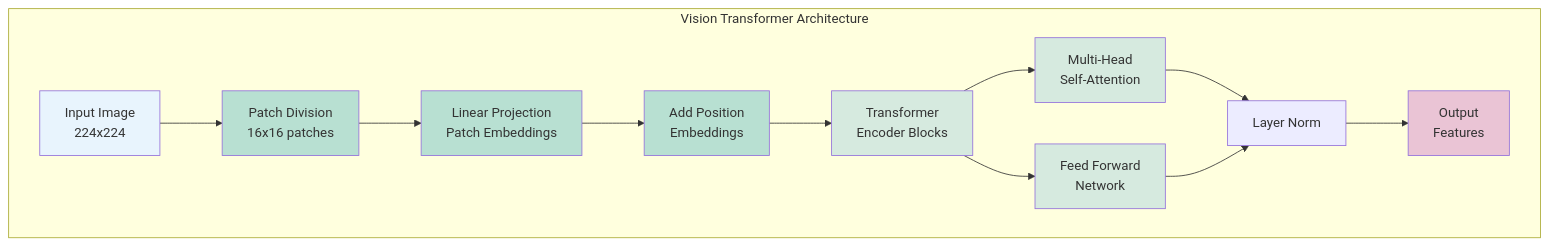
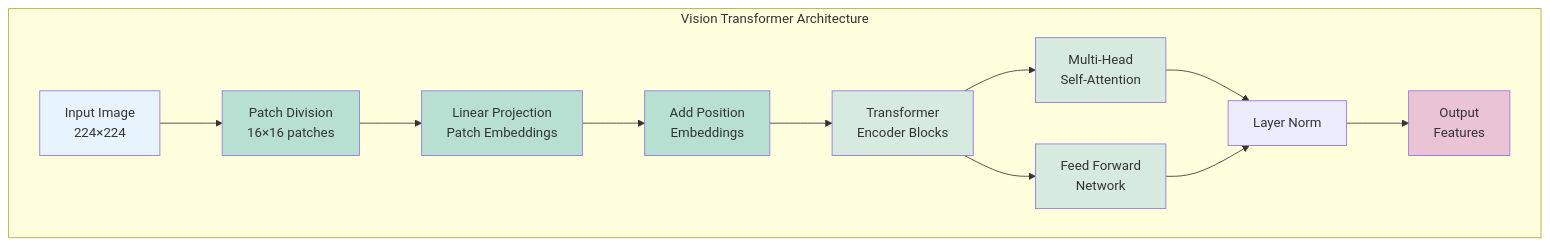
Before and after one commit to tmnestor/unified_vision_processor_minimal: the first of 3 diagrams in presentation_materials/vision_transformers_slides.md, drawn with Mermaid. The commit also changed other lines of this file and 1 other file, not shown here.

Commit message:
fix: update Vision Transformer slides for clarity and detail on architecture and model configurations

````diff
--- a/presentation_materials/vision_transformers_slides.md
+++ b/presentation_materials/vision_transformers_slides.md
@@ -173,23 +173,23 @@
 ```mermaid
 graph TB
     subgraph "Vision Transformer Architecture"
-        A[Input Image<br/>224x224] --> B[Patch Division<br/>16x16 patches]
+        A[Input Image<br/>224×224] --> B[Patch Division<br/>16×16 patches]
         B --> C[Linear Projection<br/>Patch Embeddings]
         C --> D[Add Position<br/>Embeddings]
         D --> E[Transformer<br/>Encoder Blocks]
         E --> F[Multi-Head<br/>Self-Attention]
         E --> G[Feed Forward<br/>Network]
         F --> H[Layer Norm]
         G --> H
         H --> I[Output<br/>Features]
     end
     
     style A fill:#e8f4fd
     style B fill:#b8e0d2
     style C fill:#b8e0d2
     style D fill:#b8e0d2
     style E fill:#d6eadf
     style F fill:#d6eadf
     style G fill:#d6eadf
     style I fill:#eac4d5
 ```
````
